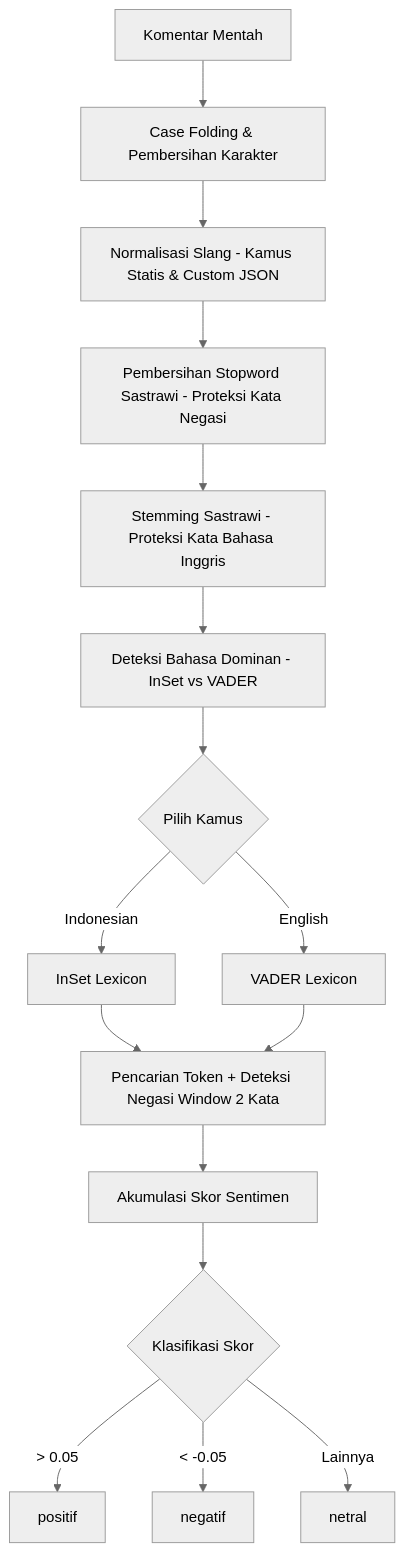
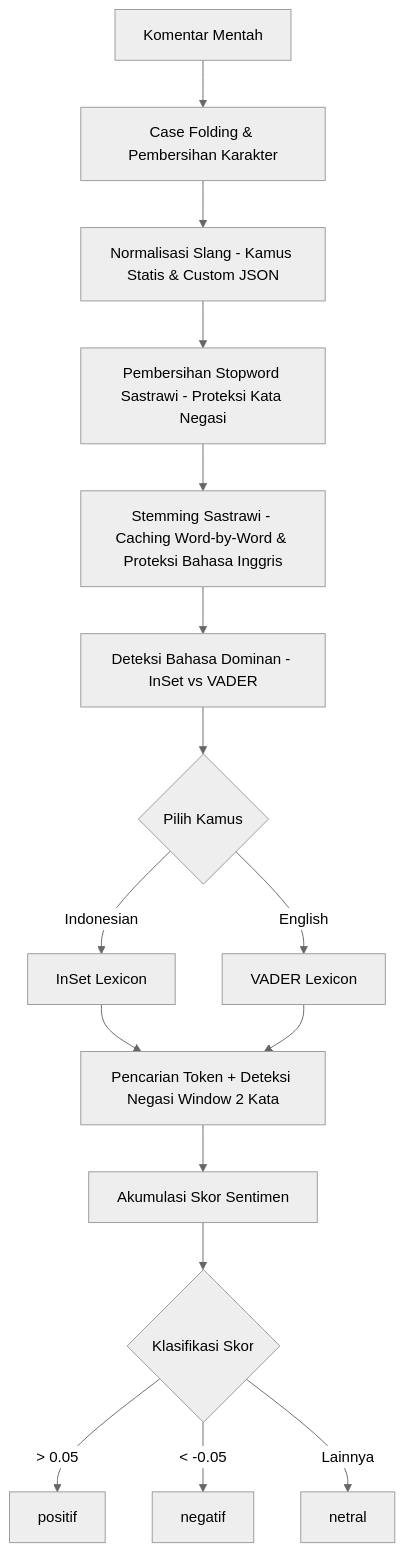
One commit to itzluthfi/tugas-sentimen-analisis-yt changed the second of 3 diagrams in README.md. Above: the diagram before and after it, drawn with Mermaid (neutral theme). The commit also changed other lines of this file and 5 other files, not shown here.

Commit message:
Implement 5 new features: Time trend, word frequency, topic modeling, history loader, likes sorting, and stemming cache

````diff
--- a/README.md
+++ b/README.md
@@ -83,18 +89,18 @@
 ```mermaid
 graph TD
     A[Komentar Mentah] --> B[Case Folding & Pembersihan Karakter]
     B --> C[Normalisasi Slang - Kamus Statis & Custom JSON]
     C --> D[Pembersihan Stopword Sastrawi - Proteksi Kata Negasi]
-    D --> E[Stemming Sastrawi - Proteksi Kata Bahasa Inggris]
+    D --> E[Stemming Sastrawi - Caching Word-by-Word & Proteksi Bahasa Inggris]
     E --> F[Deteksi Bahasa Dominan - InSet vs VADER]
     F --> G{Pilih Kamus}
     G -->|Indonesian| H[InSet Lexicon]
     G -->|English| I[VADER Lexicon]
     H --> J[Pencarian Token + Deteksi Negasi Window 2 Kata]
     I --> J
     J --> K[Akumulasi Skor Sentimen]
     K --> L{Klasifikasi Skor}
     L -->|> 0.05| M[positif]
     L -->|< -0.05| N[negatif]
     L -->|Lainnya| O[netral]
 ```
````
